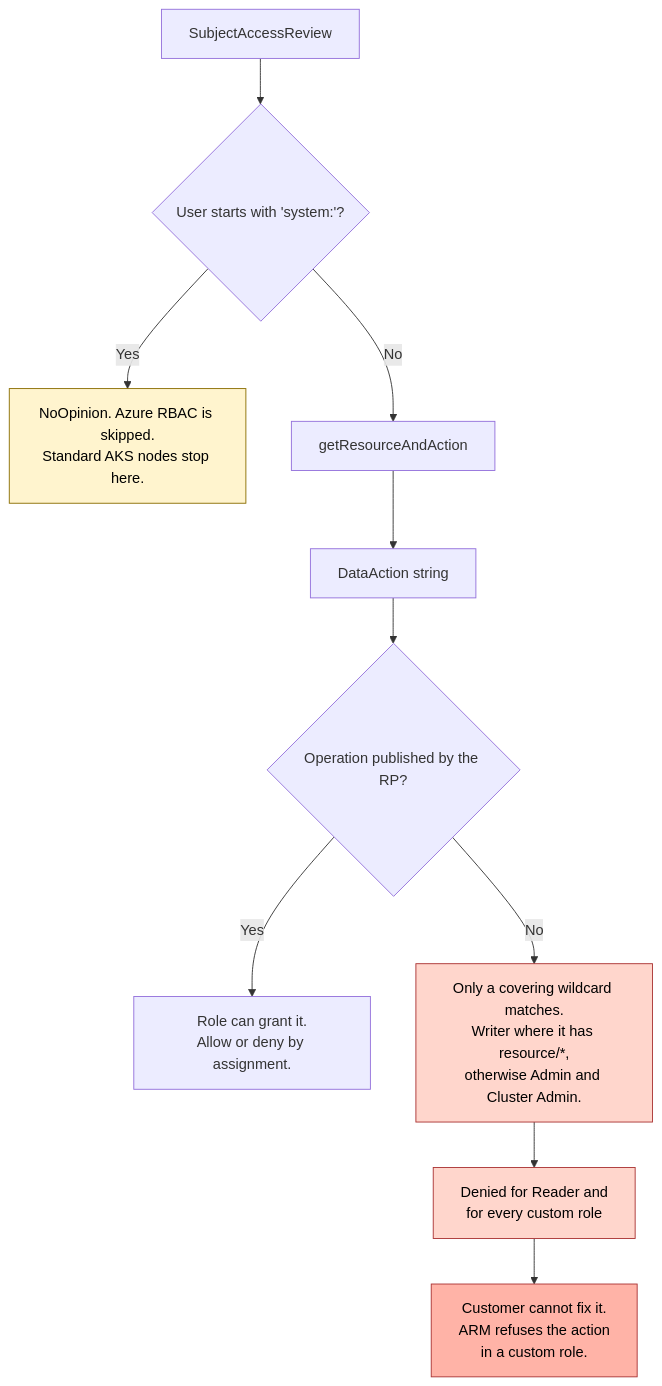
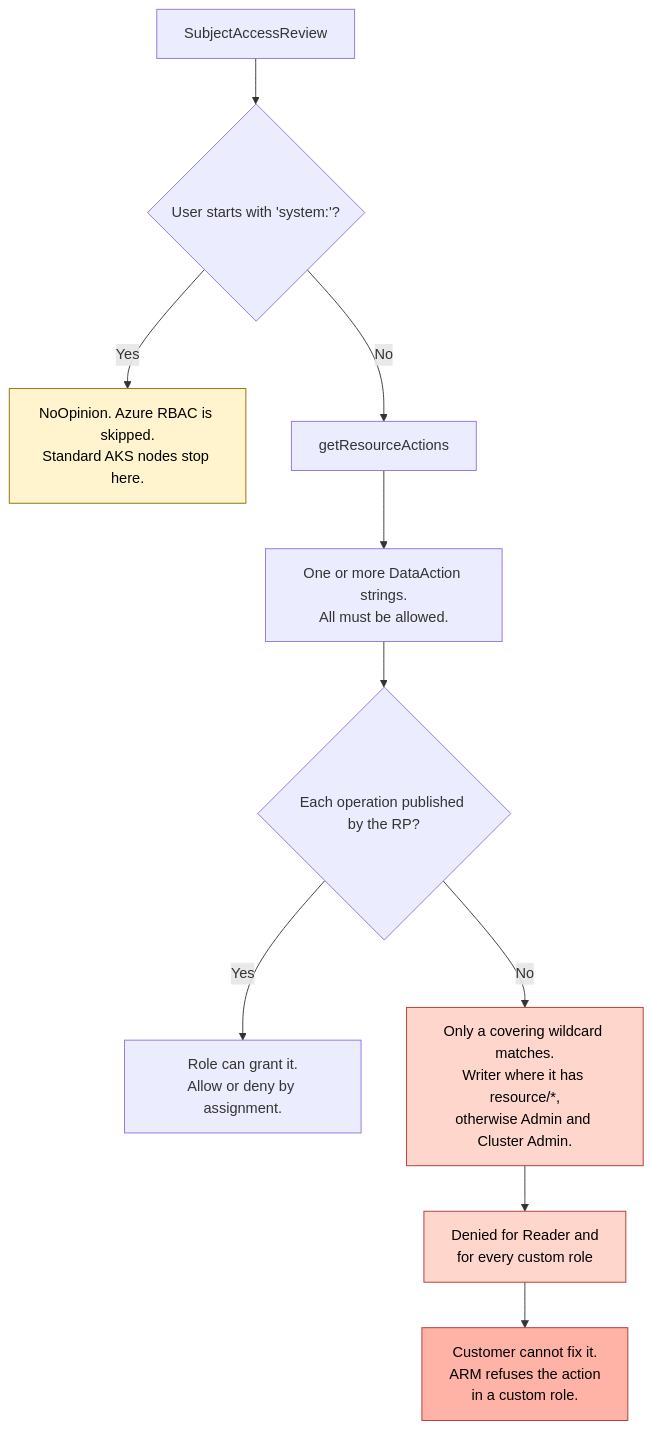
One commit to Azure/guard changed the first of 3 diagrams in authz/providers/azure/README.md. Above: the diagram before and after it, drawn with Mermaid. The commit also changed 1 other file, not shown here.

Commit message:
docs: show that a request can need more than one action
The README flowchart and the getResultCacheKey comment now describe
getResourceActions, whose actions must all be allowed.

````diff
--- a/authz/providers/azure/README.md
+++ b/authz/providers/azure/README.md
@@ -186,17 +186,17 @@
 ```mermaid
 flowchart TD
     A[SubjectAccessReview] --> B{User starts with 'system:'?}
     B -->|Yes| C[NoOpinion. Azure RBAC is skipped.<br/>Standard AKS nodes stop here.]
-    B -->|No| D[getResourceAndAction]
-    D --> E[DataAction string]
-    E --> F{Operation published by the RP?}
+    B -->|No| D[getResourceActions]
+    D --> E[One or more DataAction strings.<br/>All must be allowed.]
+    E --> F{Each operation published by the RP?}
     F -->|Yes| G[Role can grant it.<br/>Allow or deny by assignment.]
     F -->|No| H["Only a covering wildcard matches.<br/>Writer where it has resource/*,<br/>otherwise Admin and Cluster Admin."]
     H --> I[Denied for Reader and<br/>for every custom role]
     I --> J[Customer cannot fix it.<br/>ARM refuses the action<br/>in a custom role.]
 
     style C fill:#fff4ce,stroke:#8a6d00,color:#000
     style H fill:#ffd6cc,stroke:#a33,color:#000
     style I fill:#ffd6cc,stroke:#a33,color:#000
     style J fill:#ffb3a7,stroke:#a33,color:#000
 ```
````
